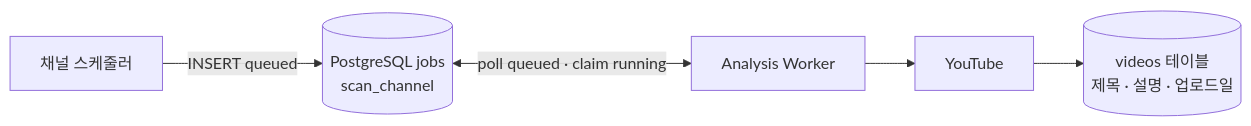
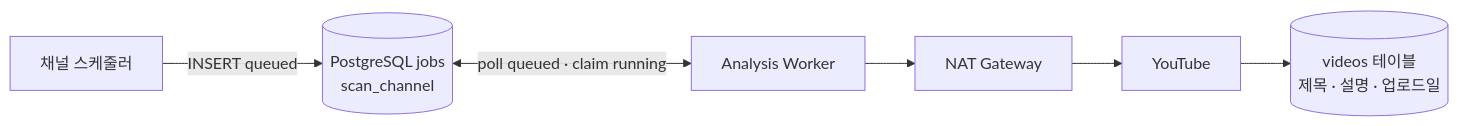
One commit to ncp-ai-pro/video-rag-mvp changed the second of 5 diagrams in docs/infra.md. Above: the diagram before and after it, drawn with Mermaid. The commit also changed other lines of this file and 1 other file, not shown here.

Commit message:
Document dedicated NAT public subnet

```diff
--- a/docs/infra.md
+++ b/docs/infra.md
@@ -77,7 +89,8 @@
 ~~~mermaid
 flowchart LR
     S[채널 스케줄러] -->|INSERT queued| J[(PostgreSQL jobs<br/>scan_channel)]
     J <-->|poll queued · claim running| W[Analysis Worker]
-    W --> Y[YouTube]
+    W --> N[NAT Gateway]
+    N --> Y[YouTube]
     Y --> V[(videos 테이블<br/>제목 · 설명 · 업로드일)]
 ~~~
```
